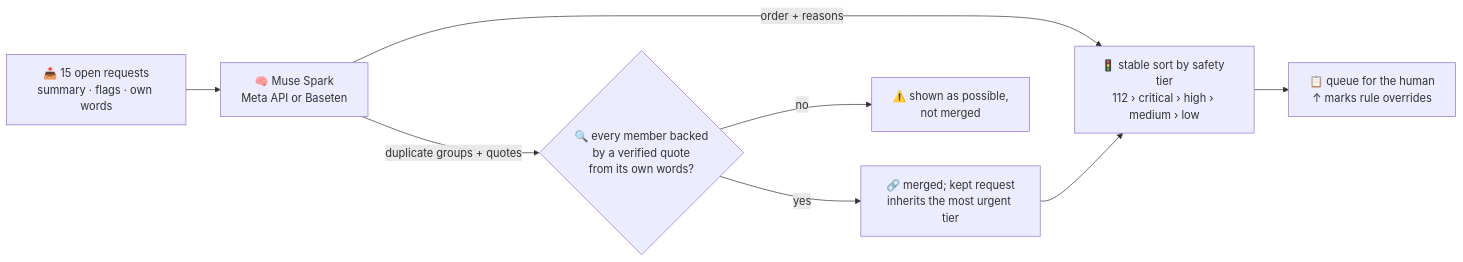
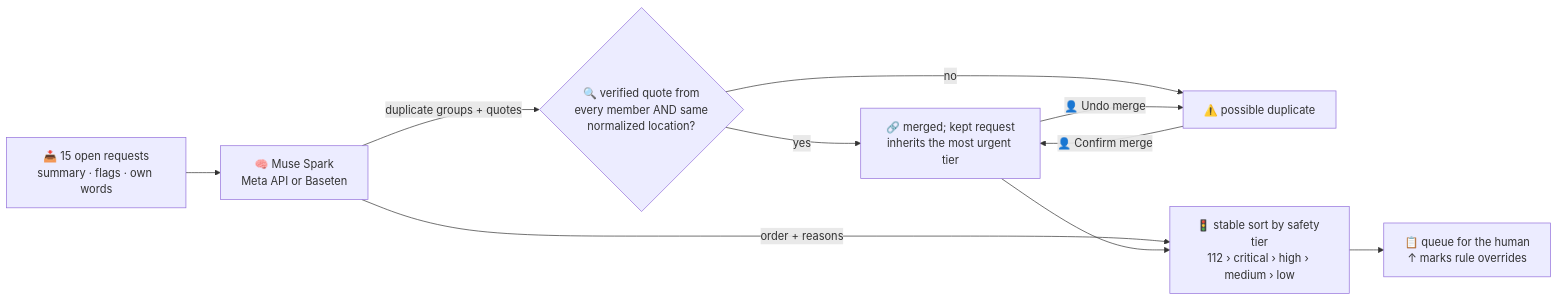
Before and after one commit to SapSaeta/relief-net: the fourth of 6 diagrams in README.md, drawn with Mermaid. The commit also changed other lines of this file and 10 other files, not shown here.

First line of the commit message:
feat: merge duplicates automatically only on matching location; coordinator confirms or undoes

````diff
--- a/README.md
+++ b/README.md
@@ -135,10 +135,12 @@
 ```mermaid
 flowchart LR
     C["📥 15 open requests<br/>summary · flags · own words"] --> M["🧠 Muse Spark<br/>Meta API or Baseten"]
-    M -->|duplicate groups + quotes| D{"🔍 every member backed<br/>by a verified quote<br/>from its own words?"}
+    M -->|duplicate groups + quotes| D{"🔍 verified quote from<br/>every member AND same<br/>normalized location?"}
     D -- yes --> MERGE["🔗 merged; kept request<br/>inherits the most urgent tier"]
-    D -- no --> SHOW["⚠️ shown as possible,<br/>not merged"]
+    D -- no --> SHOW["⚠️ possible duplicate"]
+    SHOW -->|👤 Confirm merge| MERGE
+    MERGE -->|👤 Undo merge| SHOW
     M -->|order + reasons| T["🚦 stable sort by safety tier<br/>112 › critical › high › medium › low"]
     MERGE --> T
     T --> Q["📋 queue for the human<br/>↑ marks rule overrides"]
 ```
````
